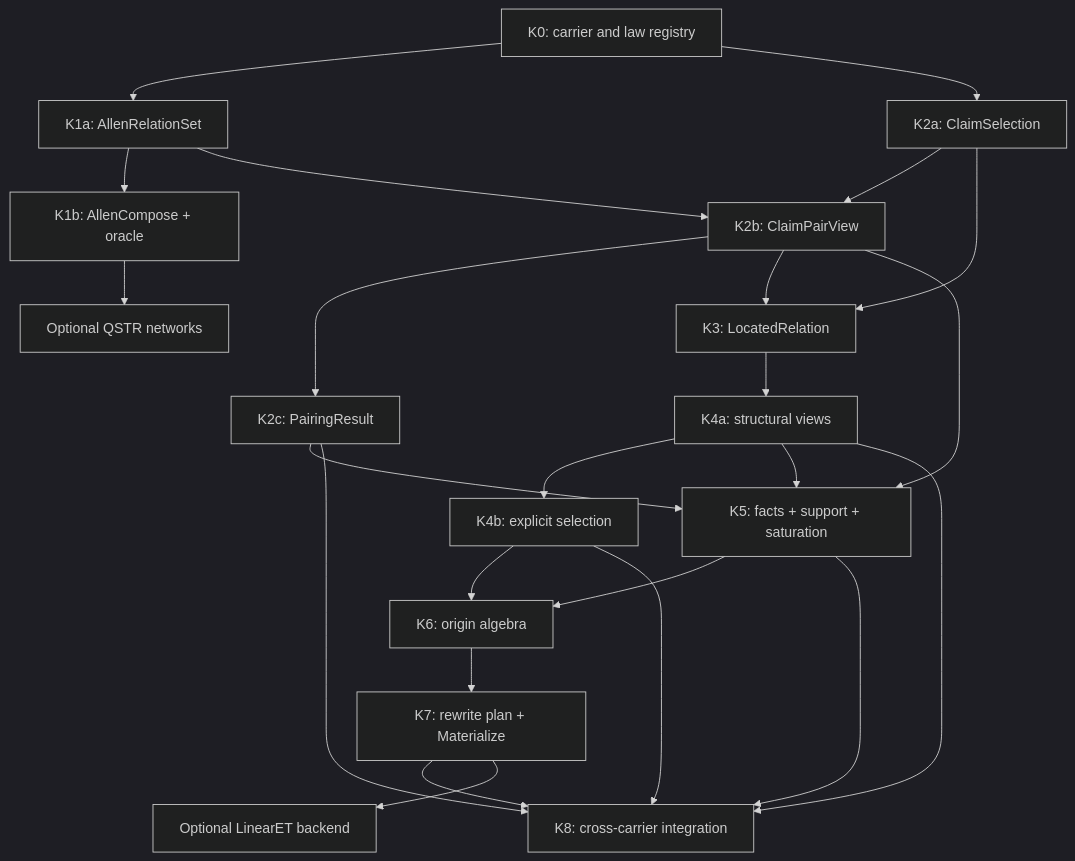
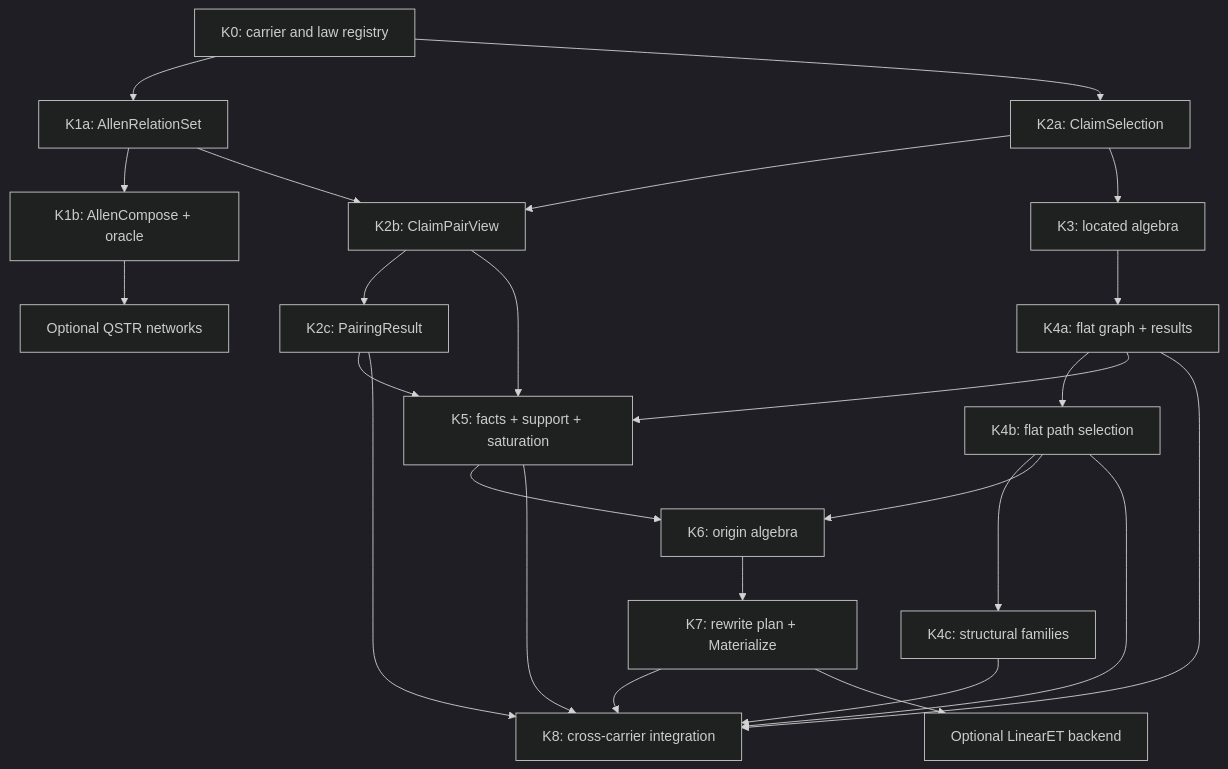
One commit to aghado01/codex-scientiae changed the diagram in issues/doccer/planning/architecture-expansion-workplan.md. Above: the diagram before and after it, drawn with Mermaid (dark theme). The commit also changed other lines of this file and 12 other files, not shown here.

Commit message:
docs(doccer): freeze K3 K4a flat path contract

```diff
--- a/issues/doccer/planning/architecture-expansion-workplan.md
+++ b/issues/doccer/planning/architecture-expansion-workplan.md
@@ -139,42 +139,44 @@
 ~~~mermaid
 flowchart TD
     K0["K0: carrier and law registry"]
     K1A["K1a: AllenRelationSet"]
     K1B["K1b: AllenCompose + oracle"]
     K2A["K2a: ClaimSelection"]
     K2B["K2b: ClaimPairView"]
     K2C["K2c: PairingResult"]
-    K3["K3: LocatedRelation"]
-    K4A["K4a: structural views"]
-    K4B["K4b: explicit selection"]
+    K3["K3: located algebra"]
+    K4A["K4a: flat graph + results"]
+    K4B["K4b: flat path selection"]
+    K4C["K4c: structural families"]
     K5["K5: facts + support + saturation"]
     K6["K6: origin algebra"]
     K7["K7: rewrite plan + Materialize"]
     W["K8: cross-carrier integration"]
     Q["Optional QSTR networks"]
     ET["Optional LinearET backend"]
 
     K0 --> K1A
     K1A --> K1B
     K0 --> K2A
     K1A --> K2B
     K2A --> K2B
     K2B --> K2C
     K2A --> K3
-    K2B --> K3
     K3 --> K4A
     K4A --> K4B
+    K4B --> K4C
     K2B --> K5
     K2C --> K5
     K4A --> K5
     K4B --> K6
     K5 --> K6
     K6 --> K7
     K2C --> W
     K4A --> W
     K4B --> W
+    K4C --> W
     K5 --> W
     K7 --> W
     K1B --> Q
     K7 --> ET
 ~~~
```
